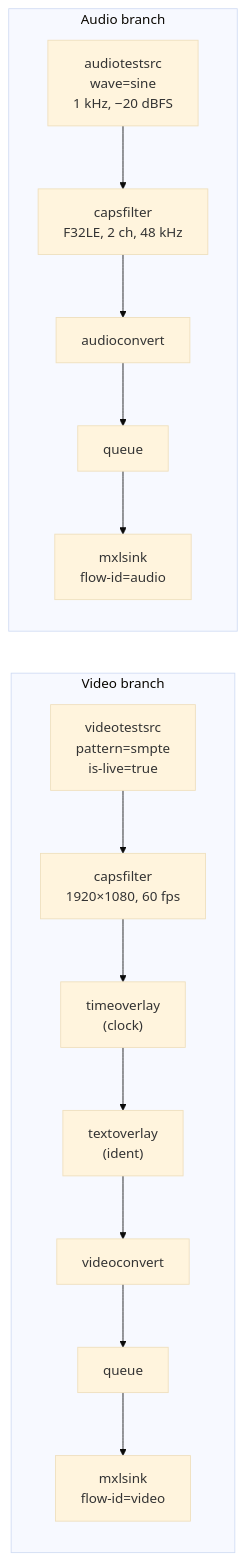
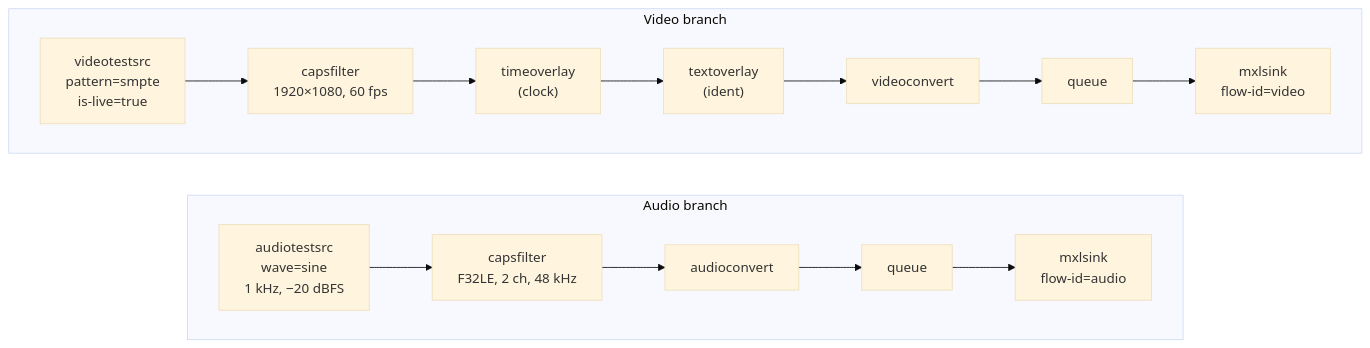
One commit to cbcrc/mxl-hands-on changed the second of 6 diagrams in docker/exercise-5/gstreamer-pipeline.md. Above: the diagram before and after it, drawn with Mermaid (base theme).

Commit message:
small tweek to the mermaid diagram in gstreamer-pipeline.md

````diff
--- a/docker/exercise-5/gstreamer-pipeline.md
+++ b/docker/exercise-5/gstreamer-pipeline.md
@@ -105,24 +105,27 @@
 ```mermaid
-flowchart LR
-    subgraph Video branch
+flowchart TB
+    subgraph video_branch["Video branch"]
+        direction LR
         vsrc["videotestsrc\npattern=smpte\nis-live=true"]
         vcaps["capsfilter\n1920×1080, 60 fps"]
         time["timeoverlay\n(clock)"]
         text["textoverlay\n(ident)"]
         vconv["videoconvert"]
         vqueue["queue"]
         vsink["mxlsink\nflow-id=video"]
 
         vsrc --> vcaps --> time --> text --> vconv --> vqueue --> vsink
     end
 
-    subgraph Audio branch
+    subgraph audio_branch["Audio branch"]
+        direction LR
         asrc["audiotestsrc\nwave=sine\n1 kHz, −20 dBFS"]
         acaps["capsfilter\nF32LE, 2 ch, 48 kHz"]
         aconv["audioconvert"]
         aqueue["queue"]
         asink["mxlsink\nflow-id=audio"]
 
         asrc --> acaps --> aconv --> aqueue --> asink
     end
+    video_branch ~~~ audio_branch
 ```
````
